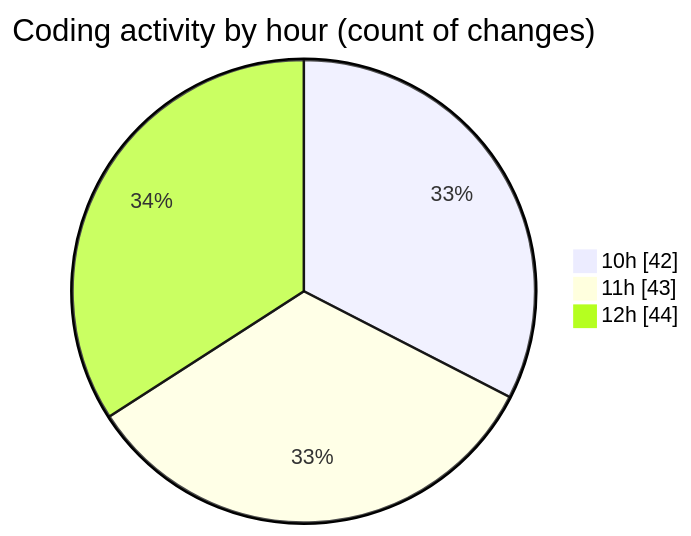
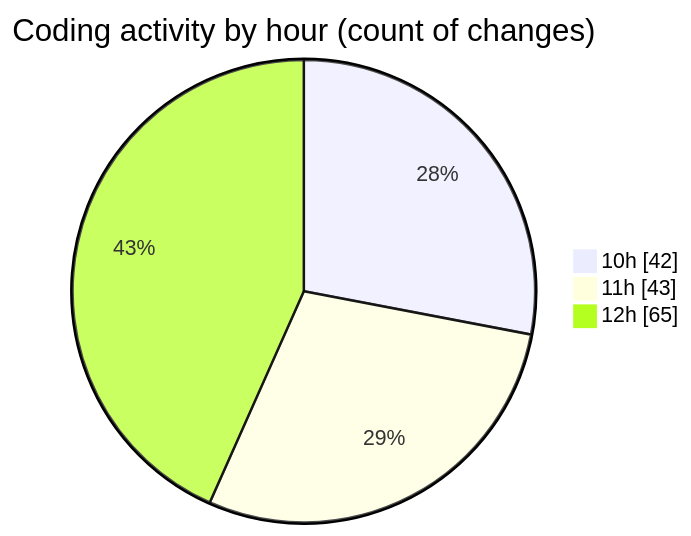
The second of 2 diagrams in 2025-05-15/ecodeli-1/README.md (CELIANVF/code-tracking), drawn with Mermaid before and after one commit. The commit also changed other lines of this file and 1 other file, not shown here.

````diff
--- a/2025-05-15/ecodeli-1/README.md
+++ b/2025-05-15/ecodeli-1/README.md
@@ -67,7 +67,7 @@
 ```mermaid
 pie showData
 title Coding activity by hour (count of changes)
 "10h" : 42
 "11h" : 43
-"12h" : 44
+"12h" : 65
 ```
````
